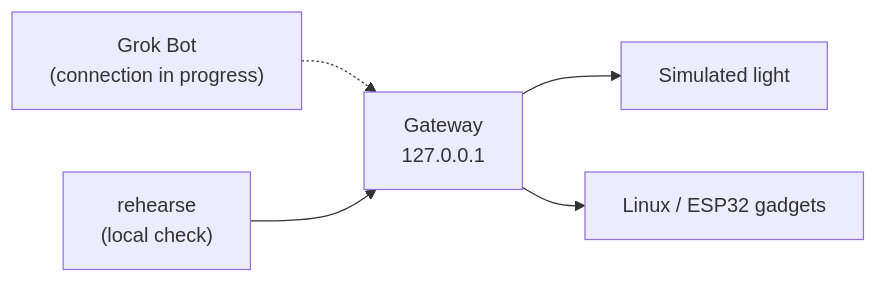
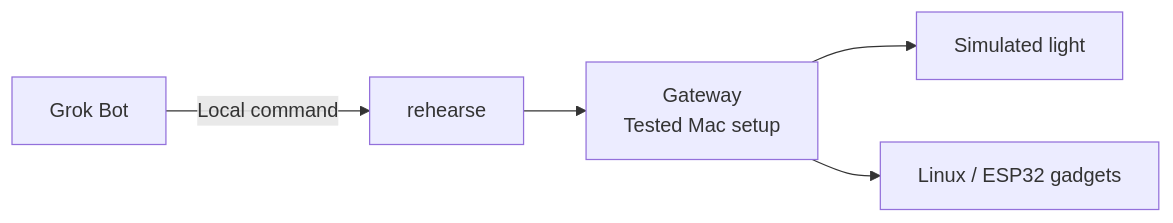
The diagram in README.md (adidshaft/grok-gadgets-gateway), drawn with Mermaid before and after one commit. The commit also changed other lines of this file and 9 other files, not shown here.

````diff
--- a/README.md
+++ b/README.md
@@ -27,7 +29,7 @@
 ```mermaid
 flowchart LR
-    B["Grok Bot<br>(connection in progress)"] -.-> G["Gateway<br>127.0.0.1"]
-    R["rehearse<br>(local check)"] --> G
+    B["Grok Bot"] -->|Local command| R["rehearse"]
+    R --> G["Gateway<br>Tested Mac setup"]
     G --> S["Simulated light"]
     G --> D["Linux / ESP32 gadgets"]
 ```
````
